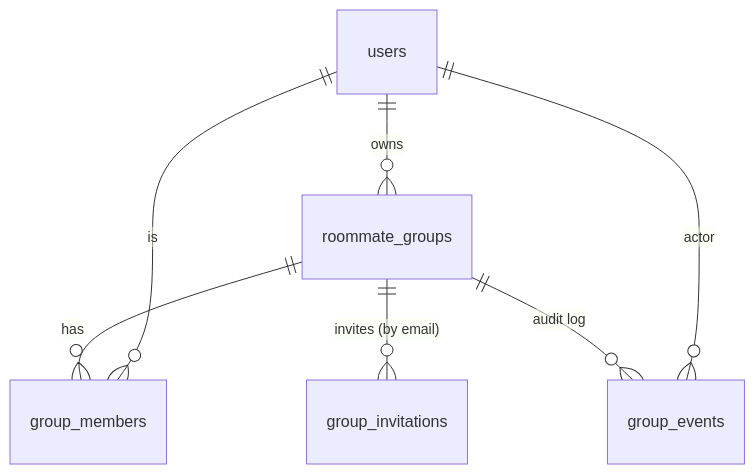
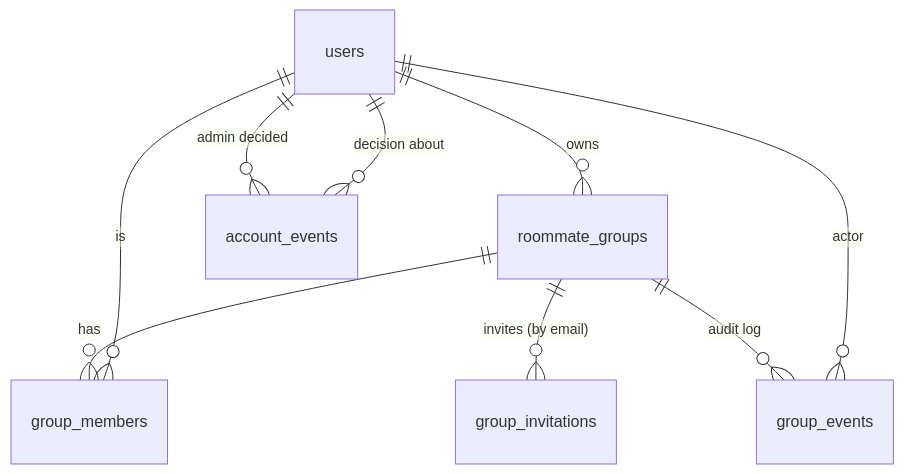
The sixth of 8 diagrams in README.md (henryxoliveira/stable), drawn with Mermaid before and after one commit. The commit also changed other lines of this file and 14 other files, not shown here.

````diff
--- a/README.md
+++ b/README.md
@@ -402,9 +415,11 @@
 ```mermaid
 erDiagram
     users ||--o{ roommate_groups : owns
     roommate_groups ||--o{ group_members : has
     users ||--o{ group_members : "is"
     roommate_groups ||--o{ group_invitations : "invites (by email)"
     roommate_groups ||--o{ group_events : "audit log"
     users ||--o{ group_events : "actor"
+    users ||--o{ account_events : "admin decided"
+    users ||--o{ account_events : "decision about"
 ```
````
